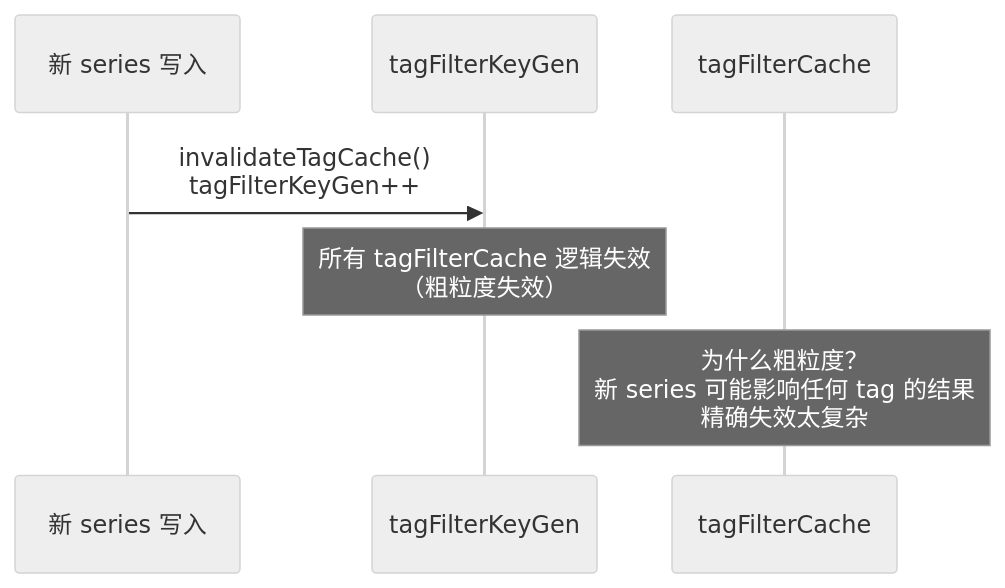
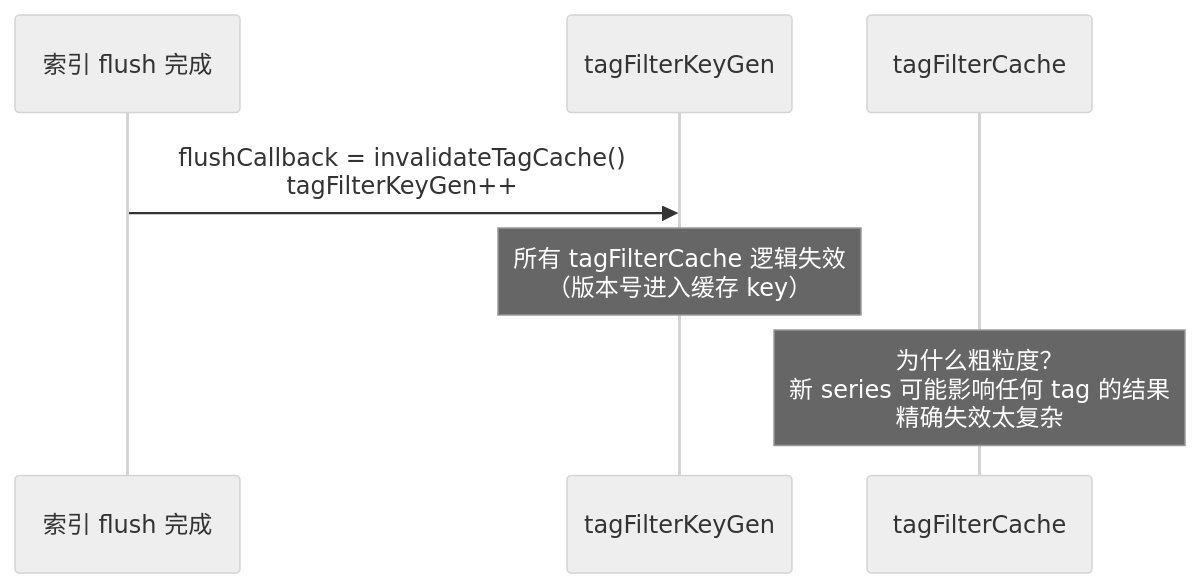
Before and after one commit to stefanv5/openGemini: diagram 26 of 47 in docs/specs/02_index_system_spec.md, drawn with Mermaid (neutral theme). The commit also changed other lines of this file and 37 other files, not shown here.

````diff
--- a/docs/specs/02_index_system_spec.md
+++ b/docs/specs/02_index_system_spec.md
@@ -2518,11 +2583,11 @@
 ```mermaid
 sequenceDiagram
-    participant New as 新 series 写入
+    participant Flush as 索引 flush 完成
     participant Gen as tagFilterKeyGen
     participant Cache as tagFilterCache
 
-    New->>Gen: invalidateTagCache()<br/>tagFilterKeyGen++
-    Note over Gen: 所有 tagFilterCache 逻辑失效<br/>（粗粒度失效）
+    Flush->>Gen: flushCallback = invalidateTagCache()<br/>tagFilterKeyGen++
+    Note over Gen: 所有 tagFilterCache 逻辑失效<br/>（版本号进入缓存 key）
 
     Note over Cache: 为什么粗粒度？<br/>新 series 可能影响任何 tag 的结果<br/>精确失效太复杂
 ```
````
